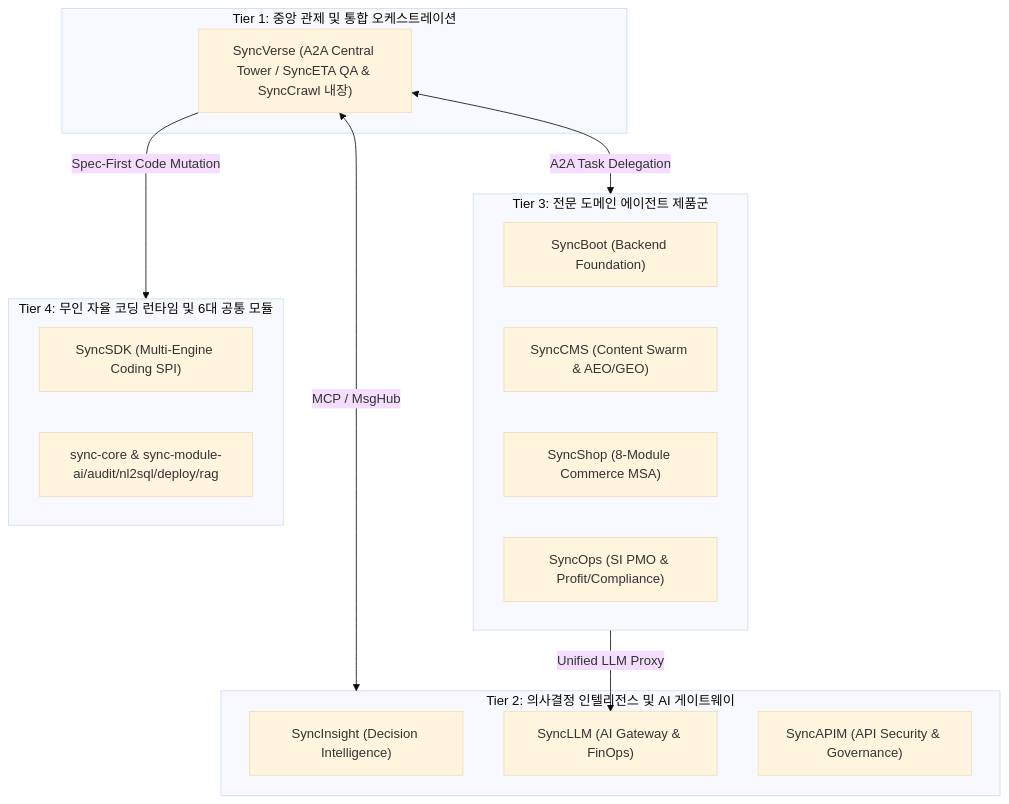
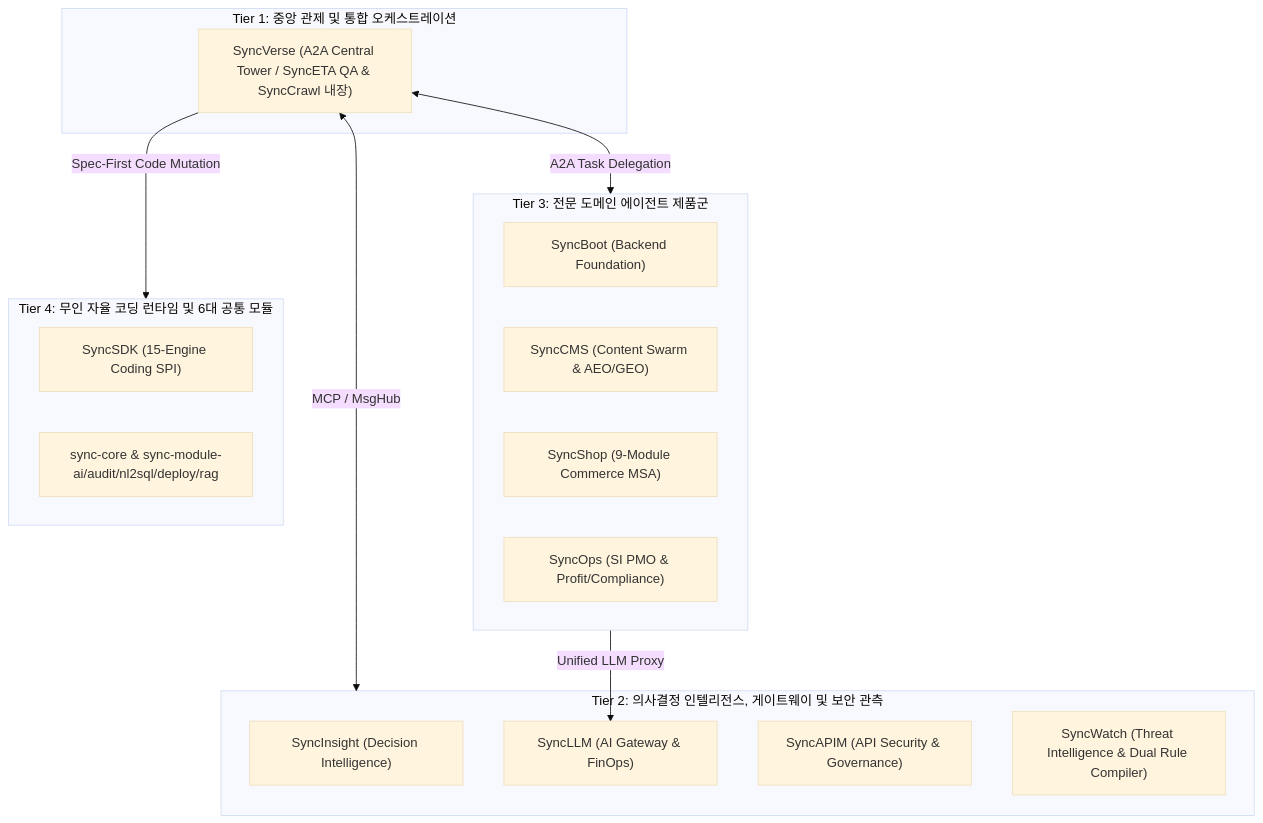
Before and after one commit to DramaticCollaboration/doc.github.io: the first of 2 diagrams in ko/ecosystem/index.md, drawn with Mermaid (base theme). The commit also changed other lines of this file and 437 other files, not shown here.

````diff
--- a/ko/ecosystem/index.md
+++ b/ko/ecosystem/index.md
@@ -27,29 +27,30 @@
 ```mermaid
 flowchart TB
     subgraph Tier1 ["Tier 1: 중앙 관제 및 통합 오케스트레이션"]
         SV["SyncVerse (A2A Central Tower / SyncETA QA & SyncCrawl 내장)"]
     end
 
-    subgraph Tier2 ["Tier 2: 의사결정 인텔리전스 및 AI 게이트웨이"]
+    subgraph Tier2 ["Tier 2: 의사결정 인텔리전스, 게이트웨이 및 보안 관측"]
         SI["SyncInsight (Decision Intelligence)"]
         SLLM["SyncLLM (AI Gateway & FinOps)"]
         SAPIM["SyncAPIM (API Security & Governance)"]
+        SWATCH["SyncWatch (Threat Intelligence & Dual Rule Compiler)"]
     end
 
     subgraph Tier3 ["Tier 3: 전문 도메인 에이전트 제품군"]
         SB["SyncBoot (Backend Foundation)"]
         SCMS["SyncCMS (Content Swarm & AEO/GEO)"]
-        SSHOP["SyncShop (8-Module Commerce MSA)"]
+        SSHOP["SyncShop (9-Module Commerce MSA)"]
         SOPS["SyncOps (SI PMO & Profit/Compliance)"]
     end
 
     subgraph Tier4 ["Tier 4: 무인 자율 코딩 런타임 및 6대 공통 모듈"]
-        SDK["SyncSDK (Multi-Engine Coding SPI)"]
+        SDK["SyncSDK (15-Engine Coding SPI)"]
         CORE["sync-core & sync-module-ai/audit/nl2sql/deploy/rag"]
     end
 
     SV <--> |MCP / MsgHub| Tier2
     SV <--> |A2A Task Delegation| Tier3
     SV --> |Spec-First Code Mutation| Tier4
     Tier3 --> |Unified LLM Proxy| SLLM
 ```
````
